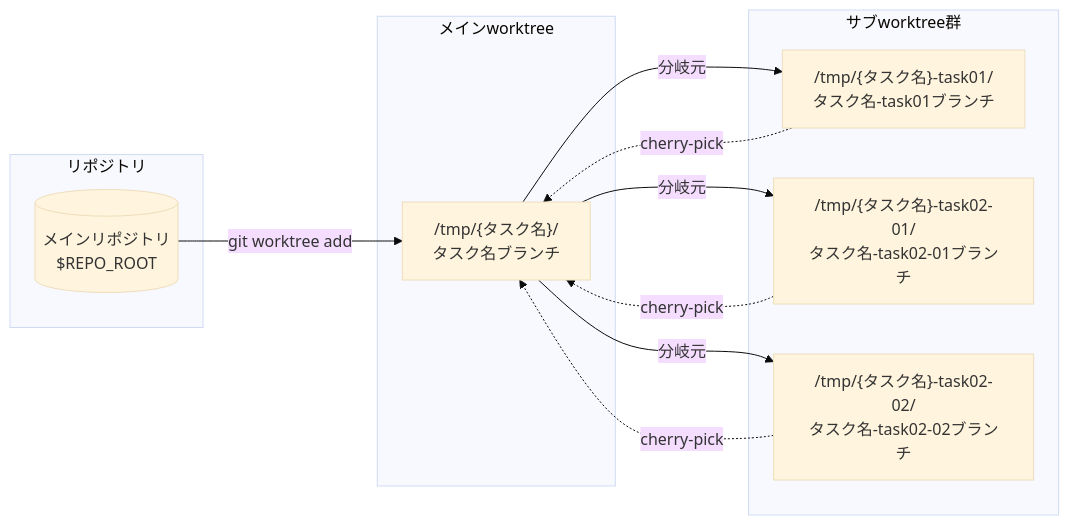
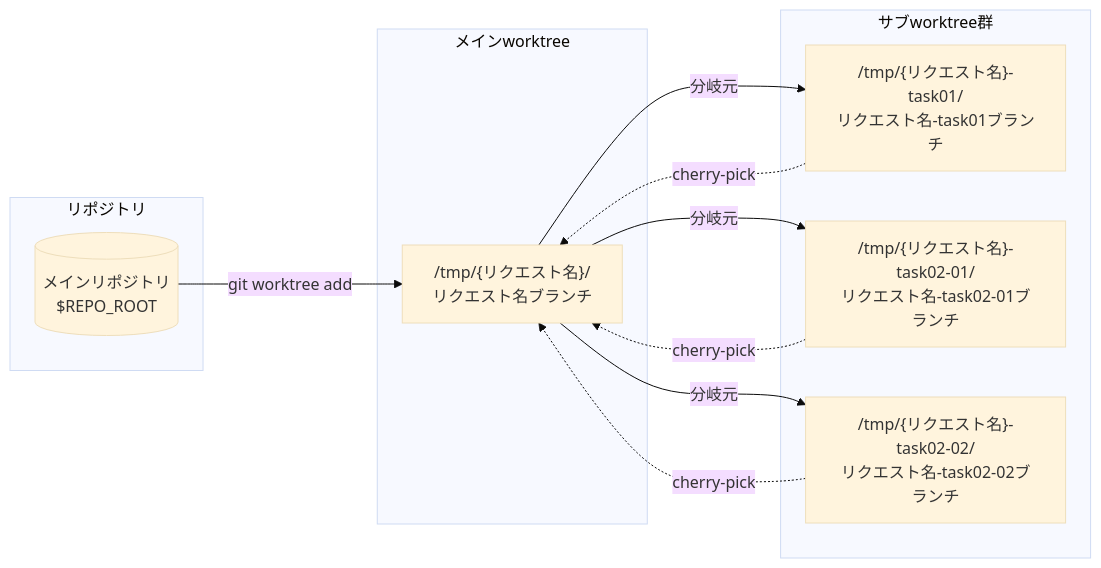
Before and after one commit to NagasakaH/dev-process: the fourth of 4 diagrams in README.md, drawn with Mermaid (base theme). The commit also changed other lines of this file and 6 other files, not shown here.

````diff
--- a/README.md
+++ b/README.md
@@ -367,25 +367,25 @@
 ```mermaid
 graph LR
     subgraph "リポジトリ"
         REPO[(メインリポジトリ<br/>$REPO_ROOT)]
     end
     
     subgraph "メインworktree"
-        MW["/tmp/{タスク名}/<br/>タスク名ブランチ"]
+        MW["/tmp/{リクエスト名}/<br/>リクエスト名ブランチ"]
     end
     
     subgraph "サブworktree群"
-        SW1["/tmp/{タスク名}-task01/<br/>タスク名-task01ブランチ"]
-        SW2["/tmp/{タスク名}-task02-01/<br/>タスク名-task02-01ブランチ"]
-        SW3["/tmp/{タスク名}-task02-02/<br/>タスク名-task02-02ブランチ"]
+        SW1["/tmp/{リクエスト名}-task01/<br/>リクエスト名-task01ブランチ"]
+        SW2["/tmp/{リクエスト名}-task02-01/<br/>リクエスト名-task02-01ブランチ"]
+        SW3["/tmp/{リクエスト名}-task02-02/<br/>リクエスト名-task02-02ブランチ"]
     end
     
     REPO -->|git worktree add| MW
     MW -->|分岐元| SW1
     MW -->|分岐元| SW2
     MW -->|分岐元| SW3
     
     SW1 -.->|cherry-pick| MW
     SW2 -.->|cherry-pick| MW
     SW3 -.->|cherry-pick| MW
 ```
````
